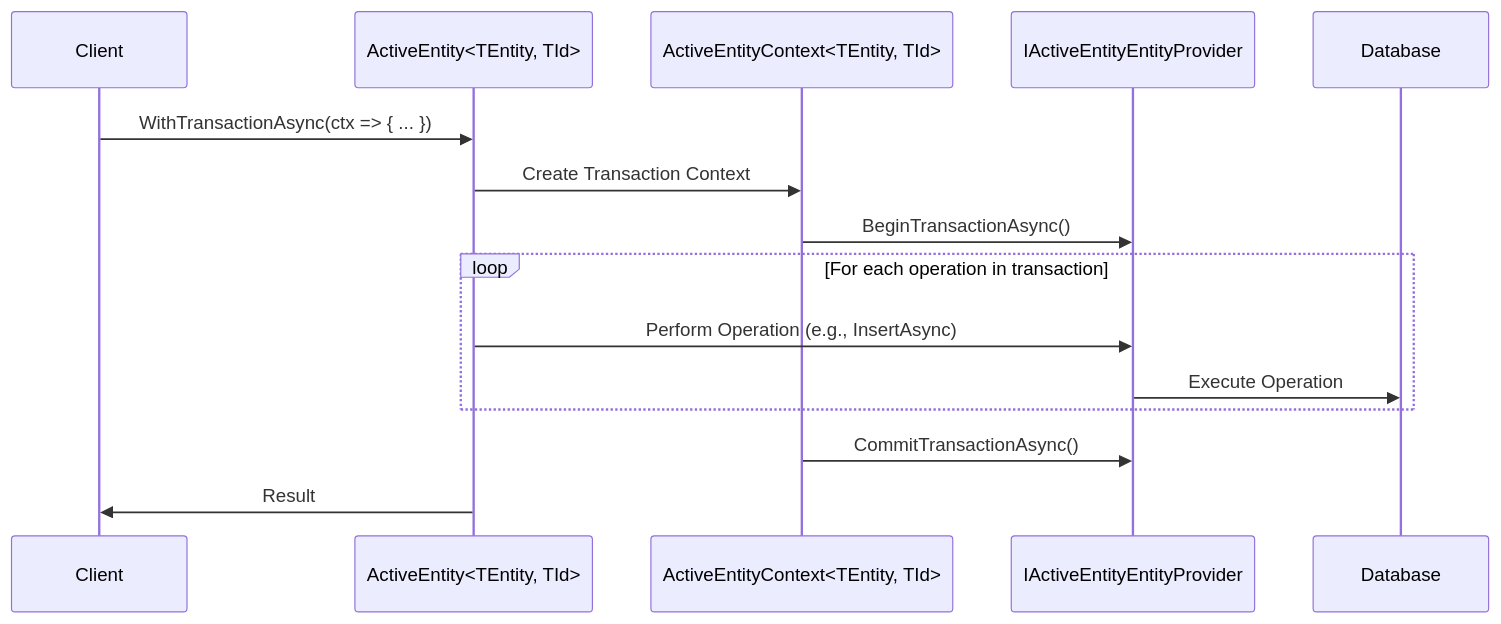
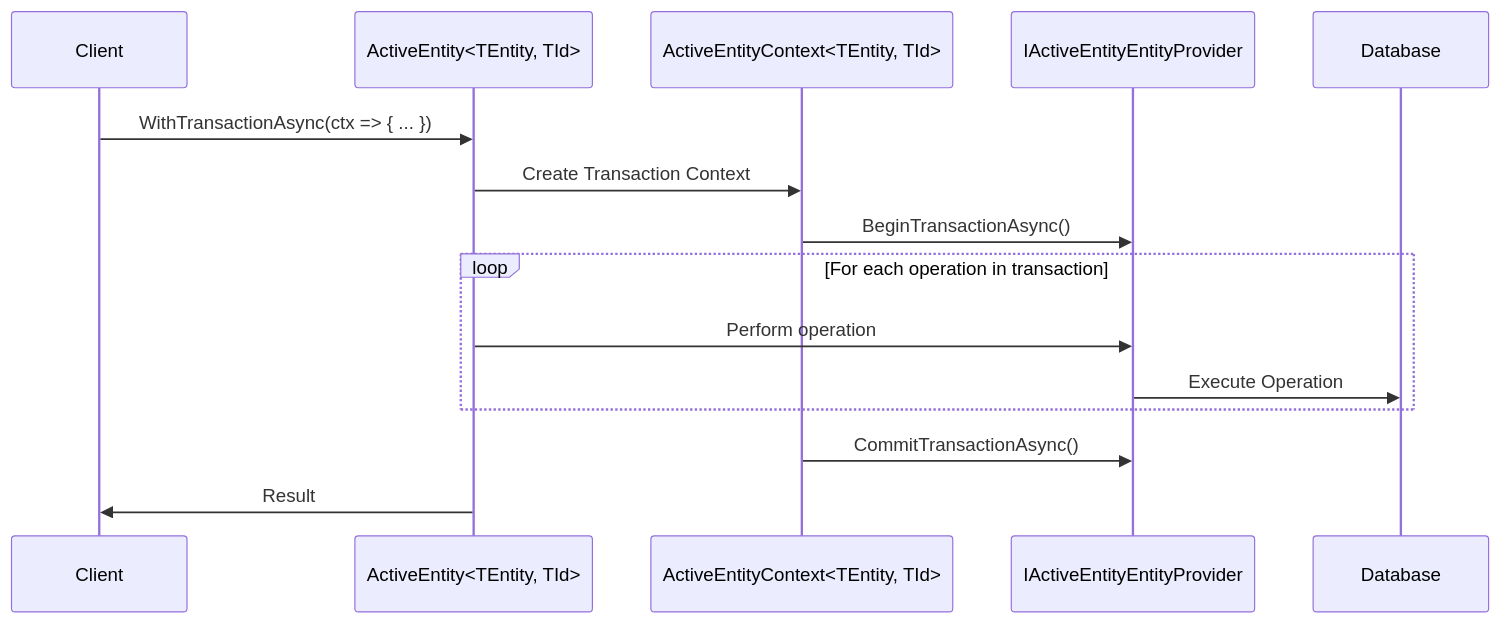
The third of 3 diagrams in docs/features-domain-activeentity.md (BridgingIT-GmbH/bITdevKit), drawn with Mermaid before and after one commit. The commit also changed other lines of this file and 62 other files, not shown here.

````diff
--- a/docs/features-domain-activeentity.md
+++ b/docs/features-domain-activeentity.md
@@ -546,18 +645,18 @@
 ```mermaid
 sequenceDiagram
     participant Client
     participant Entity as ActiveEntity<TEntity, TId>
     participant Context as ActiveEntityContext<TEntity, TId>
     participant Provider as IActiveEntityEntityProvider
     participant DB as Database
 
     Client->>Entity: WithTransactionAsync(ctx => { ... })
     Entity->>Context: Create Transaction Context
     Context->>Provider: BeginTransactionAsync()
     loop For each operation in transaction
-        Entity->>Provider: Perform Operation (e.g., InsertAsync)
+        Entity->>Provider: Perform operation
         Provider->>DB: Execute Operation
     end
     Context->>Provider: CommitTransactionAsync()
     Entity->>Client: Result
 ```
````
